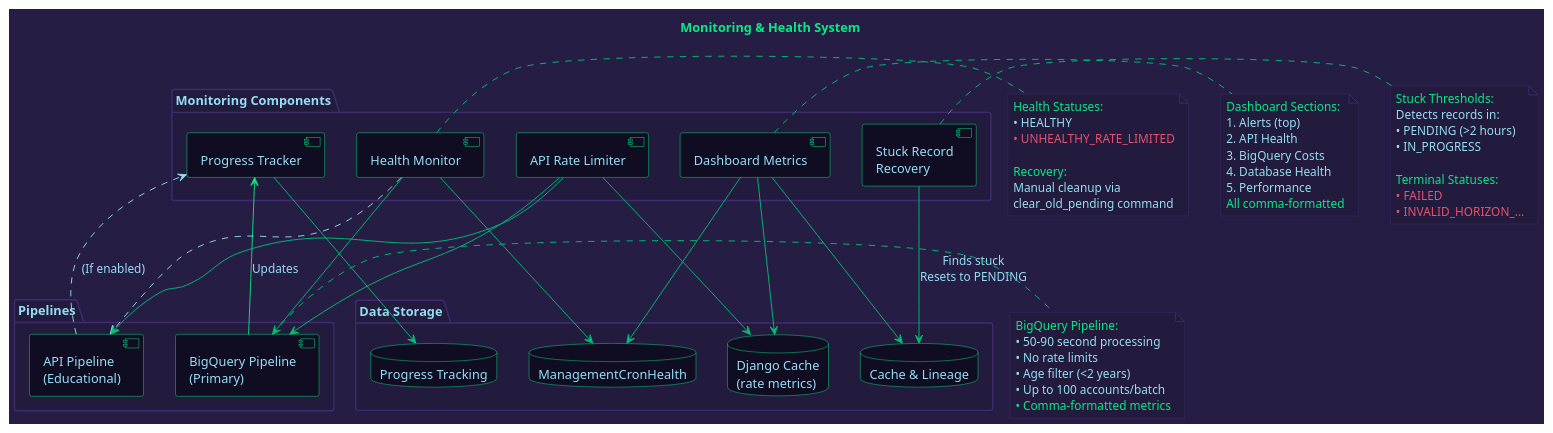
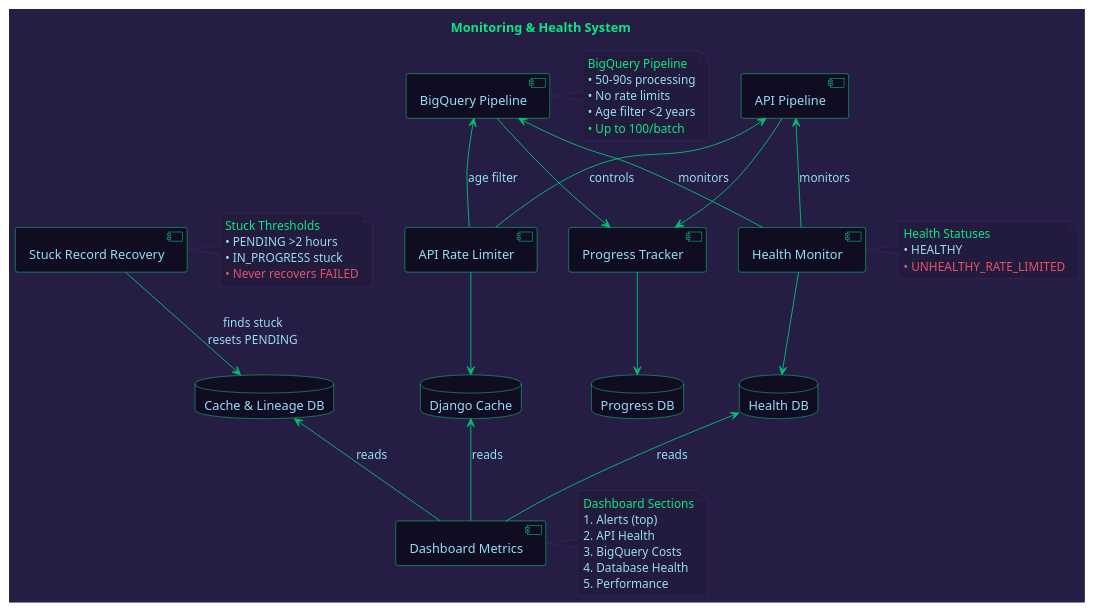
One commit to areveur51/StellarMapWeb changed the diagram in diagrams/05_monitoring_system.puml. Above: the diagram before and after it, drawn with PlantUML. The commit also changed 5 other files, not shown here.

First line of the commit message:
Update diagrams to show top-down architecture and relationships

```diff
--- a/diagrams/05_monitoring_system.puml
+++ b/diagrams/05_monitoring_system.puml
@@ -1,114 +1,93 @@
 @startuml 05_monitoring_system
 
 skinparam backgroundColor #261D45
 skinparam defaultFontColor #96DDF2
+
+top to bottom direction
 
 skinparam component {
   BackgroundColor #100D23
   BorderColor #0BE784
   FontColor #96DDF2
   ArrowColor #01C176
 }
 
 skinparam database {
   BackgroundColor #100D23
   BorderColor #0BE784
   FontColor #96DDF2
 }
 
-skinparam package {
-  BackgroundColor #231B3D
-  BorderColor #3f2c70
-  FontColor #96DDF2
-}
-
 skinparam note {
   BackgroundColor #231B3D
   BorderColor #3f2c70
   FontColor #96DDF2
 }
 
 title <color:#0BE784>Monitoring & Health System
 
-top to bottom direction
+component "BigQuery Pipeline" as BQPipeline
+component "API Pipeline" as APIPipeline
+component "Progress Tracker" as ProgressTracker
+database "Progress DB" as ProgressDB
 
-package "Pipelines" #231B3D {
-  component "BigQuery Pipeline\n(Primary)" as BQPipeline
-  component "API Pipeline\n(Educational)" as APIPipeline
-}
+component "Health Monitor" as HealthMonitor
+database "Health DB" as HealthDB
 
-package "Monitoring Components" #231B3D {
-  component "Health Monitor" as HealthMonitor
-  component "Progress Tracker" as ProgressTracker
-  component "Stuck Record\nRecovery" as Recovery
-  component "API Rate Limiter" as RateLimiter
-  component "Dashboard Metrics" as Dashboard
-}
+component "Stuck Record Recovery" as Recovery
+database "Cache & Lineage DB" as DataDB
 
-package "Data Storage" #231B3D {
-  database "ManagementCronHealth" as HealthDB
-  database "Progress Tracking" as ProgressDB
-  database "Cache & Lineage" as DataDB
-  database "Django Cache\n(rate metrics)" as CacheDB
-}
+component "API Rate Limiter" as RateLimiter
+database "Django Cache" as CacheDB
 
-BQPipeline -[#0BE784]-> ProgressTracker : "Updates"
-APIPipeline -[#96DDF2,dashed]-> ProgressTracker : "(If enabled)"
+component "Dashboard Metrics" as Dashboard
 
-ProgressTracker -[#01C176]-> ProgressDB
+BQPipeline -down-> ProgressTracker
+APIPipeline -down-> ProgressTracker
+ProgressTracker -down-> ProgressDB
 
-HealthMonitor -[#01C176]-> HealthDB
-HealthMonitor -[#01C176]-> BQPipeline
-HealthMonitor -[#96DDF2,dashed]-> APIPipeline
+HealthMonitor -down-> HealthDB
+HealthMonitor -up-> BQPipeline : "monitors"
+HealthMonitor -up-> APIPipeline : "monitors"
 
-Recovery -[#01C176]-> DataDB : "Finds stuck\nResets to PENDING"
+Recovery -down-> DataDB : "finds stuck\nresets PENDING"
 
-RateLimiter -[#01C176]-> CacheDB
-RateLimiter -[#01C176]-> APIPipeline
-RateLimiter -[#01C176]-> BQPipeline
+RateLimiter -down-> CacheDB
+RateLimiter -up-> APIPipeline : "controls"
+RateLimiter -up-> BQPipeline : "age filter"
 
-Dashboard -[#01C176]-> HealthDB
-Dashboard -[#01C176]-> CacheDB
-Dashboard -[#01C176]-> DataDB
+Dashboard -up-> HealthDB : "reads"
+Dashboard -up-> CacheDB : "reads"
+Dashboard -up-> DataDB : "reads"
 
-note right of BQPipeline #231B3D
-  <color:#0BE784>BigQuery Pipeline:
-  <color:#96DDF2>• 50-90 second processing
+note right of BQPipeline
+  <color:#0BE784>BigQuery Pipeline
+  <color:#96DDF2>• 50-90s processing
   <color:#96DDF2>• No rate limits
-  <color:#96DDF2>• Age filter (<2 years)
-  <color:#96DDF2>• Up to 100 accounts/batch
-  <color:#0BE784>• Comma-formatted metrics
+  <color:#96DDF2>• Age filter <2 years
+  <color:#0BE784>• Up to 100/batch
 end note
 
-note right of HealthMonitor #231B3D
-  <color:#0BE784>Health Statuses:
+note right of HealthMonitor
+  <color:#0BE784>Health Statuses
   <color:#96DDF2>• HEALTHY
   <color:#E5526F>• UNHEALTHY_RATE_LIMITED
-  
-  <color:#0BE784>Recovery:
-  <color:#96DDF2>Manual cleanup via
-  clear_old_pending command
 end note
 
-note right of Recovery #231B3D
-  <color:#0BE784>Stuck Thresholds:
-  <color:#96DDF2>Detects records in:
-  • PENDING (>2 hours)
-  • IN_PROGRESS
-  
-  <color:#0BE784>Terminal Statuses:
-  <color:#E5526F>• FAILED
-  <color:#E5526F>• INVALID_HORIZON_...
+note right of Recovery
+  <color:#0BE784>Stuck Thresholds
+  <color:#96DDF2>• PENDING >2 hours
+  <color:#96DDF2>• IN_PROGRESS stuck
+  <color:#E5526F>• Never recovers FAILED
 end note
 
-note right of Dashboard #231B3D
-  <color:#0BE784>Dashboard Sections:
+note right of Dashboard
+  <color:#0BE784>Dashboard Sections
   <color:#96DDF2>1. Alerts (top)
   <color:#96DDF2>2. API Health
   <color:#96DDF2>3. BigQuery Costs
   <color:#96DDF2>4. Database Health
   <color:#96DDF2>5. Performance
-  <color:#0BE784>All comma-formatted
 end note
 
 @enduml
```
